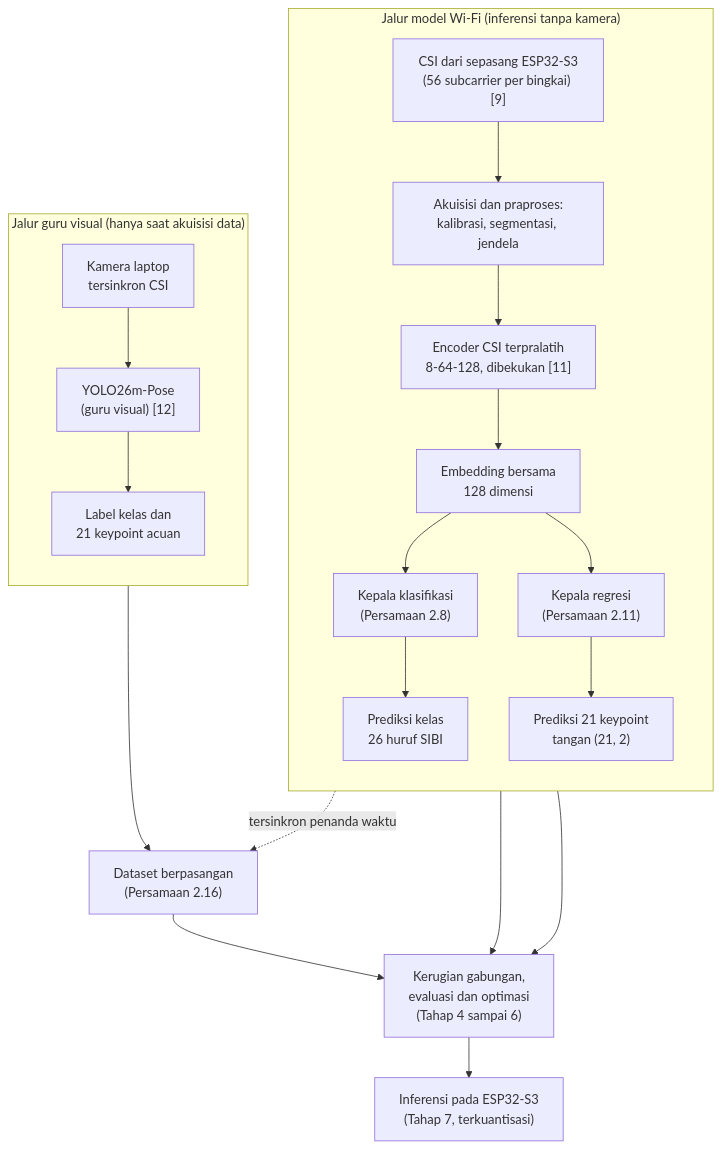
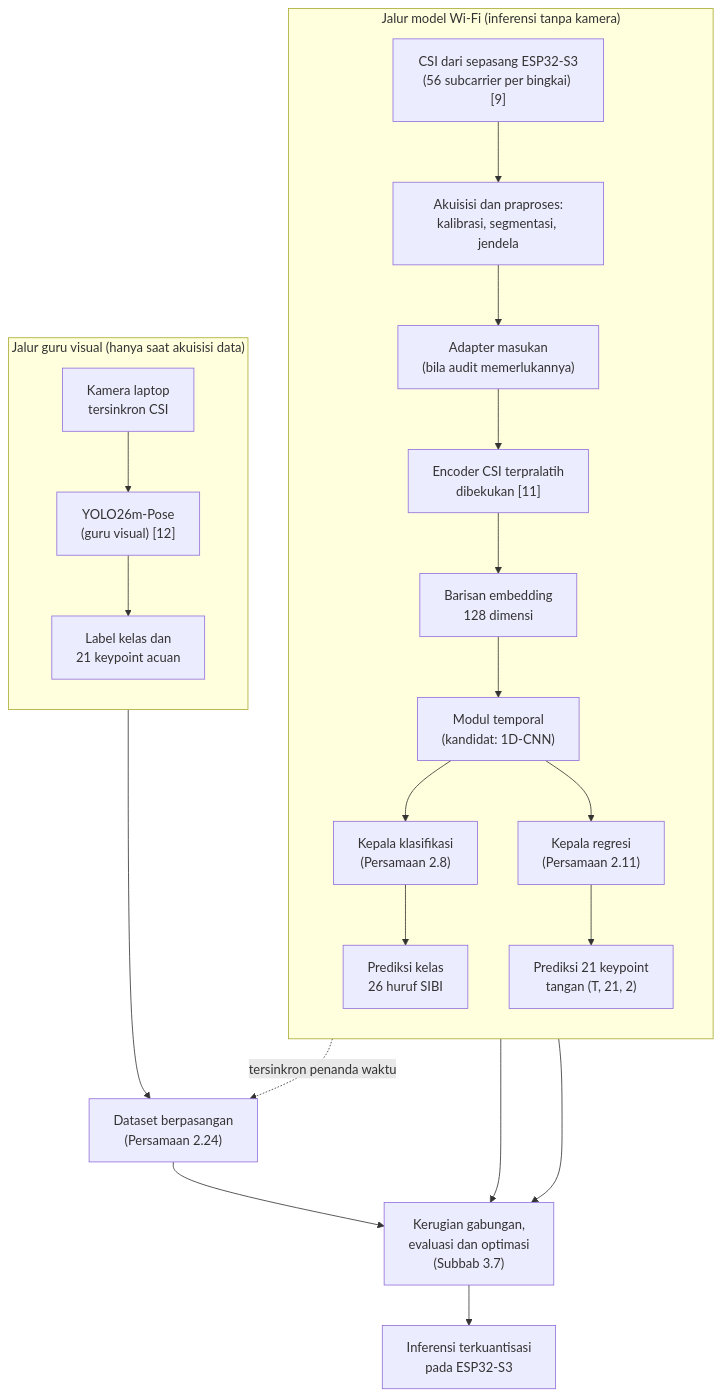
Before and after one commit to ILoveTahuTek/skripsi: the diagram in download/sensesibi-v10/_kerja-g16/src/02-bab2.md, drawn with Mermaid. The commit also changed other lines of this file and 30 other files, not shown here.

````diff
--- a/download/sensesibi-v10/_kerja-g16/src/02-bab2.md
+++ b/download/sensesibi-v10/_kerja-g16/src/02-bab2.md
@@ -205,44 +293,48 @@
 ```mermaid
 flowchart TD
     accTitle: Arsitektur model dua kepala tugas di atas encoder CSI terpralatih
-    accDescr: Jalur guru visual berisi kamera tersinkron dan YOLO26m-Pose yang menghasilkan label kelas dan 21 keypoint acuan, hanya saat akuisisi data. Jalur model Wi-Fi berisi CSI dari sepasang ESP32-S3 yang dipraproses menjadi jendela, lalu encoder terpralatih yang dibekukan menghasilkan embedding 128 dimensi, lalu kepala klasifikasi menghasilkan prediksi kelas 26 huruf dan kepala regresi menghasilkan prediksi 21 keypoint tangan. Dataset berpasangan menggabungkan kedua jalur, kerugian gabungan melatih dan evaluasi mengukur kedua kepala, dan model terpilih diinferensikan pada ESP32-S3.
+    accDescr: Jalur guru visual berisi kamera tersinkron dan YOLO26m-Pose yang menghasilkan label kelas dan 21 keypoint acuan, hanya saat akuisisi data. Jalur model Wi-Fi berisi CSI dari sepasang ESP32-S3 yang dipraproses, adapter masukan bila perlu, encoder terpralatih yang dibekukan menghasilkan embedding 128 dimensi per bingkai, modul temporal meringkas barisan embedding, lalu kepala klasifikasi menghasilkan prediksi kelas 26 huruf dan kepala regresi menghasilkan prediksi 21 keypoint tangan. Dataset berpasangan menggabungkan kedua jalur, kerugian gabungan melatih dan evaluasi mengukur kedua kepala, dan model terpilih diinferensikan pada ESP32-S3.
 
     subgraph JG["Jalur guru visual (hanya saat akuisisi data)"]
         direction TB
     CAM["Kamera laptop<br/>tersinkron CSI"]
     GURU["YOLO26m-Pose<br/>(guru visual) [12]"]
     LAB["Label kelas dan<br/>21 keypoint acuan"]
     CAM --> GURU
     GURU --> LAB
     end
 
     subgraph JM["Jalur model Wi-Fi (inferensi tanpa kamera)"]
         direction TB
     CSI["CSI dari sepasang ESP32-S3<br/>(56 subcarrier per bingkai) [9]"]
     PRE["Akuisisi dan praproses:<br/>kalibrasi, segmentasi, jendela"]
-    ENC["Encoder CSI terpralatih<br/>8-64-128, dibekukan [11]"]
-    EMB["Embedding bersama<br/>128 dimensi"]
+    ADP["Adapter masukan<br/>(bila audit memerlukannya)"]
+    ENC["Encoder CSI terpralatih<br/>dibekukan [11]"]
+    EMB["Barisan embedding<br/>128 dimensi"]
+    TMP["Modul temporal<br/>(kandidat: 1D-CNN)"]
     HCL["Kepala klasifikasi<br/>(Persamaan 2.8)"]
     HRG["Kepala regresi<br/>(Persamaan 2.11)"]
     KLS["Prediksi kelas<br/>26 huruf SIBI"]
-    KPT["Prediksi 21 keypoint<br/>tangan (21, 2)"]
+    KPT["Prediksi 21 keypoint<br/>tangan (T, 21, 2)"]
     CSI --> PRE
-    PRE --> ENC
+    PRE --> ADP
+    ADP --> ENC
     ENC --> EMB
-    EMB --> HCL
-    EMB --> HRG
+    EMB --> TMP
+    TMP --> HCL
+    TMP --> HRG
     HCL --> KLS
     HRG --> KPT
     end
 
-    PAIR["Dataset berpasangan<br/>(Persamaan 2.16)"]
-    LTOT["Kerugian gabungan,<br/>evaluasi dan optimasi<br/>(Tahap 4 sampai 6)"]
-    EDGE["Inferensi pada ESP32-S3<br/>(Tahap 7, terkuantisasi)"]
+    PAIR["Dataset berpasangan<br/>(Persamaan 2.24)"]
+    LTOT["Kerugian gabungan,<br/>evaluasi dan optimasi<br/>(Subbab 3.7)"]
+    EDGE["Inferensi terkuantisasi<br/>pada ESP32-S3"]
 
     LAB --> PAIR
     PRE -. "tersinkron penanda waktu" .-> PAIR
     PAIR --> LTOT
     KLS --> LTOT
     KPT --> LTOT
     LTOT --> EDGE
 ```
````
